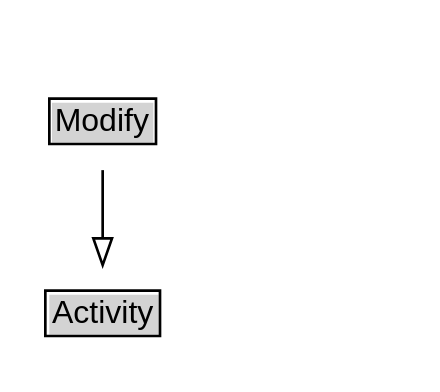
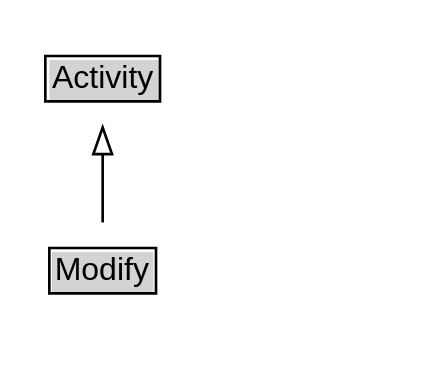
Before and after one commit to k-vaughn/ontology-import-prov: the diagram in docs/diagrams/Modify.dot, drawn with Graphviz. The commit also changed 322 other files, not shown here.

```diff
--- a/docs/diagrams/Modify.dot
+++ b/docs/diagrams/Modify.dot
@@ -1,16 +1,19 @@
 // Diagram for Modify
 digraph {
 	graph [overlap=false rankdir=TB splines=true]
 	node [fontname=Arial fontsize=12 margin=0 shape=none]
 	edge [fontname=Arial fontsize=11]
+	{
+		rank=source
+		Activity [label=<<TABLE BORDER="1" CELLBORDER="0" CELLSPACING="0" CELLPADDING="1"><TR><TD BGCOLOR="lightgray" ALIGN="CENTER">Activity</TD></TR></TABLE>> URL="../Activity" margin=0]
+	}
 	Modify [label=<<TABLE BORDER="1" CELLBORDER="0" CELLSPACING="0" CELLPADDING="1"><TR><TD BGCOLOR="lightgray" ALIGN="CENTER">Modify</TD></TR></TABLE>> URL="../Modify" margin=0]
 	{
 		rank=max
 	}
 	subgraph cluster_associated {
 		label="" style=invis
 		Invis [label=<<TABLE BORDER="0" CELLBORDER="0" CELLSPACING="0" CELLPADDING="1"><TR><TD></TD></TR></TABLE>> margin=0 style=invis]
 	}
-	Activity [label=<<TABLE BORDER="1" CELLBORDER="0" CELLSPACING="0" CELLPADDING="1"><TR><TD BGCOLOR="lightgray" ALIGN="CENTER">Activity</TD></TR></TABLE>> URL="../Activity" margin=0]
 	Modify -> Activity [arrowhead=onormal style=solid]
 }
```
